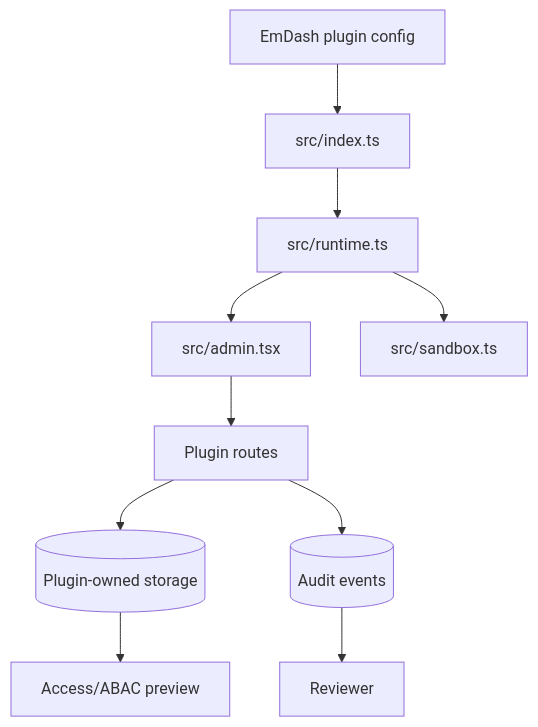
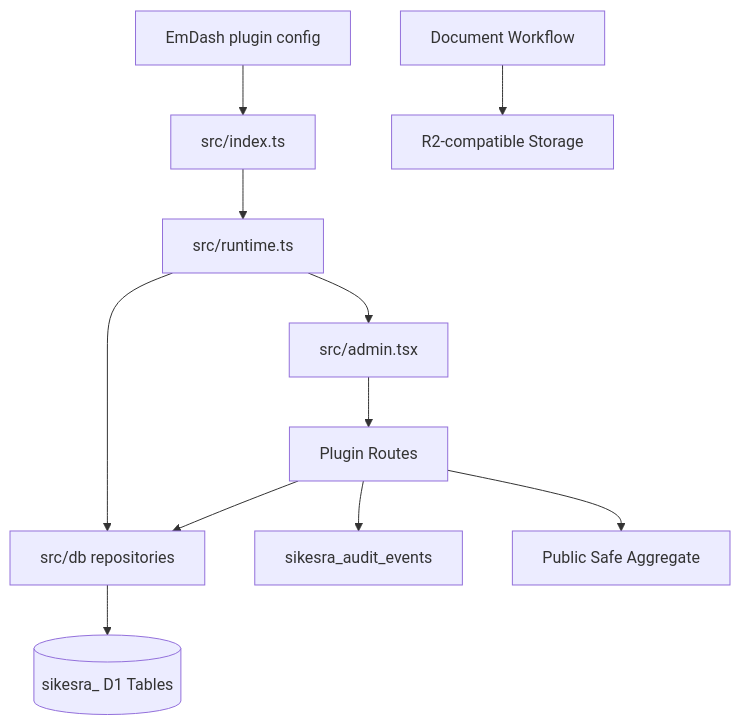
One commit to ahliweb/awcms-micro changed the second of 2 diagrams in awcmsmicro-dev/packages/plugins/awcms-micro-sikesra/docs/TECHNICAL_PRD.md. Above: the diagram before and after it, drawn with Mermaid. The commit also changed other lines of this file, not shown here.

Commit message:
docs: align SIKESRA technical PRD with implementation issues

````diff
--- a/awcmsmicro-dev/packages/plugins/awcms-micro-sikesra/docs/TECHNICAL_PRD.md
+++ b/awcmsmicro-dev/packages/plugins/awcms-micro-sikesra/docs/TECHNICAL_PRD.md
@@ -139,12 +221,13 @@
 ```mermaid
 flowchart TD
   Config[EmDash plugin config] --> Entry[src/index.ts]
   Entry --> Runtime[src/runtime.ts]
   Runtime --> Admin[src/admin.tsx]
-  Runtime --> Sandbox[src/sandbox.ts]
-  Admin --> Routes[Plugin routes]
-  Routes --> Storage[(Plugin-owned storage)]
-  Routes --> Audit[(Audit events)]
-  Storage --> Preview[Access/ABAC preview]
-  Audit --> Reviewer[Reviewer]
+  Runtime --> Repositories[src/db repositories]
+  Repositories --> D1[(sikesra_ D1 Tables)]
+  Admin --> Routes[Plugin Routes]
+  Routes --> Repositories
+  Routes --> Audit[sikesra_audit_events]
+  Documents[Document Workflow] --> R2[R2-compatible Storage]
+  Routes --> Public[Public Safe Aggregate]
 ```
````
